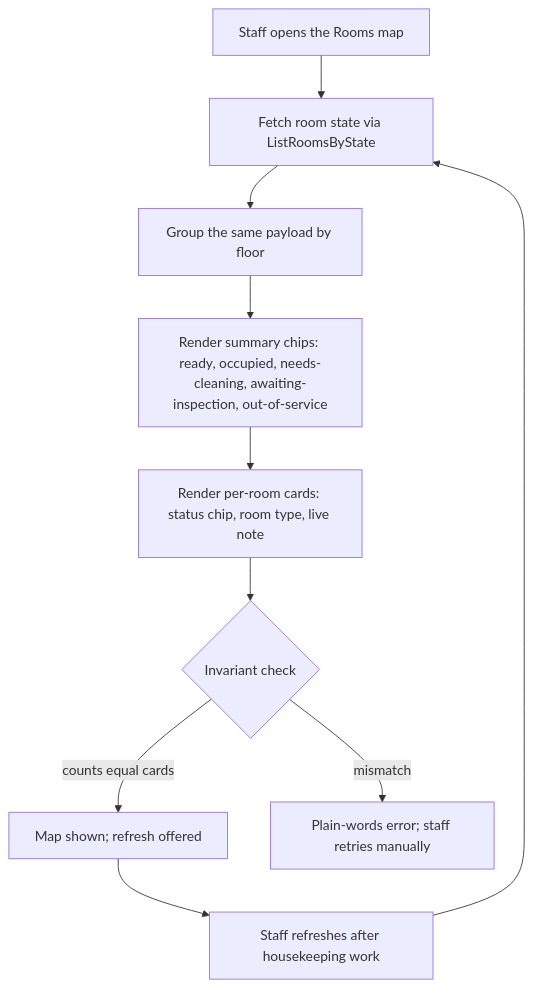
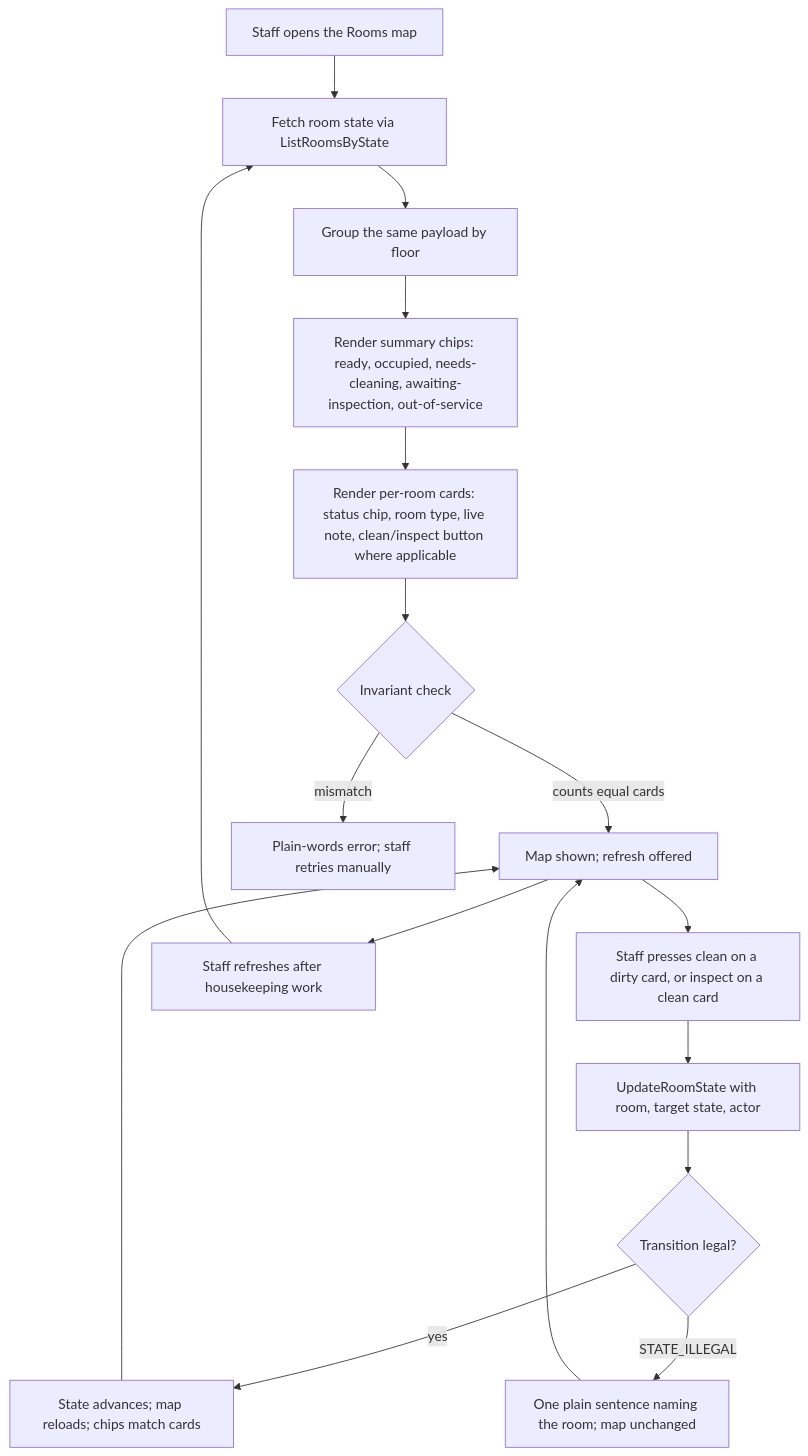
Before and after one commit to MingChen1501/hotel-mgmt: diagram 13 of 16 in docs/architecture/lld.md, drawn with Mermaid. The commit also changed other lines of this file and 3 other files, not shown here.

First line of the commit message:
feat(rooms): Add housekeeping clean/inspect actions on Rooms map (#439)

````diff
--- a/docs/architecture/lld.md
+++ b/docs/architecture/lld.md
@@ -1106,12 +1111,19 @@
 ```mermaid
 flowchart TD
     A[Staff opens the Rooms map] --> B[Fetch room state via ListRoomsByState]
     B --> C[Group the same payload by floor]
     C --> D[Render summary chips: ready, occupied, needs-cleaning, awaiting-inspection, out-of-service]
-    D --> E[Render per-room cards: status chip, room type, live note]
+    D --> E[Render per-room cards: status chip, room type, live note, clean/inspect button where applicable]
     E --> F{Invariant check}
     F -->|counts equal cards| G[Map shown; refresh offered]
     F -->|mismatch| H[Plain-words error; staff retries manually]
+    G --> J[Staff presses clean on a dirty card, or inspect on a clean card]
+    J --> K[UpdateRoomState with room, target state, actor]
+    K --> L{Transition legal?}
+    L -->|yes| M[State advances; map reloads; chips match cards]
+    L -->|STATE_ILLEGAL| N[One plain sentence naming the room; map unchanged]
+    N --> G
+    M --> G
     G --> I[Staff refreshes after housekeeping work]
     I --> B
 ```
````
